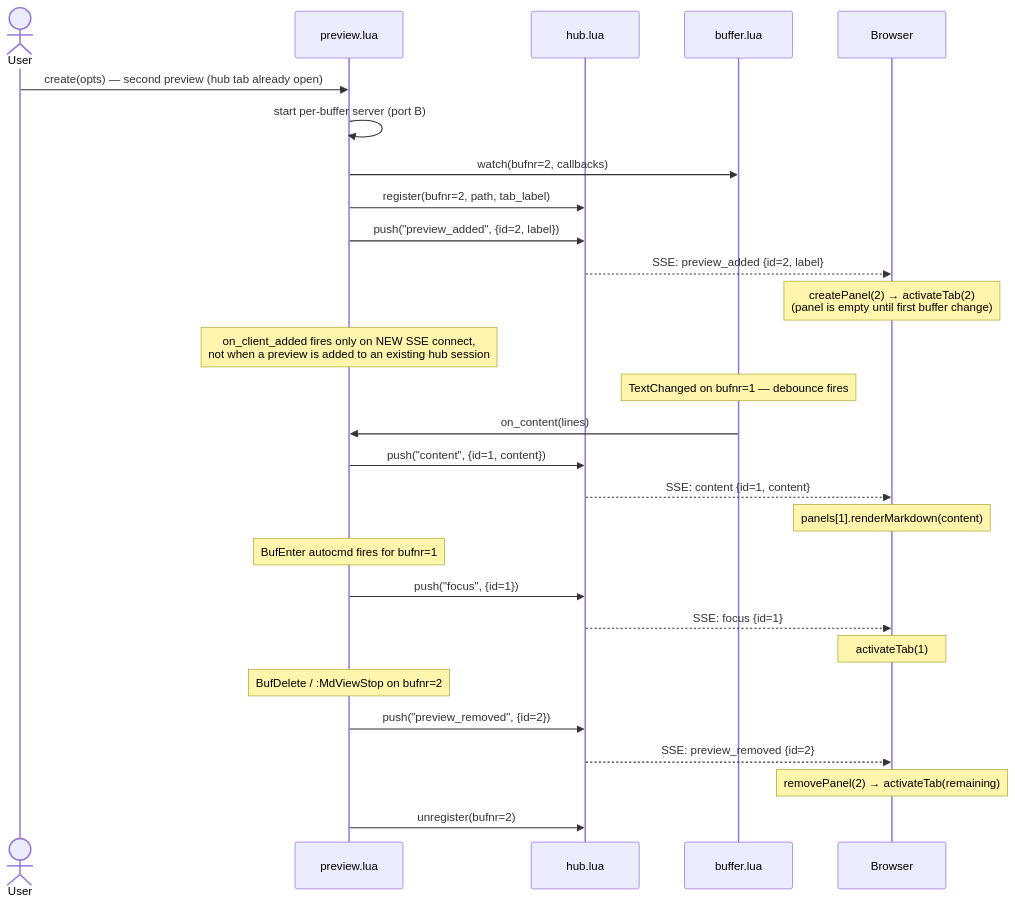
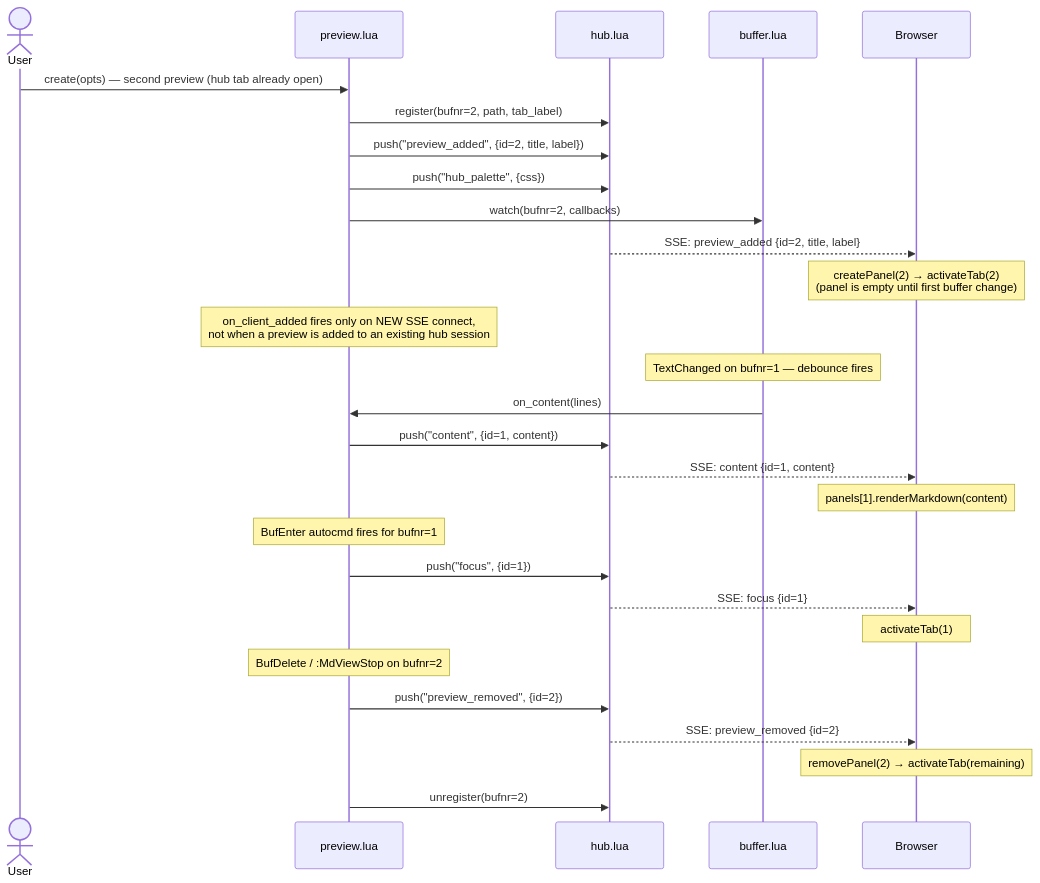
The eighth of 11 diagrams in docs/ARCHITECTURE.md (kcayme/md-view.nvim), drawn with Mermaid before and after one commit. The commit also changed other lines of this file, not shown here.

Commit message:
docs: updated data flow diagrams

````diff
--- a/docs/ARCHITECTURE.md
+++ b/docs/ARCHITECTURE.md
@@ -238,34 +245,34 @@
 ```mermaid
 sequenceDiagram
     actor User
     participant preview as preview.lua
     participant hub as hub.lua
     participant buffer as buffer.lua
     participant Browser
 
     User->>preview: create(opts) — second preview (hub tab already open)
-    preview->>preview: start per-buffer server (port B)
+    preview->>hub: register(bufnr=2, path, tab_label)
+    preview->>hub: push("preview_added", {id=2, title, label})
+    preview->>hub: push("hub_palette", {css})
     preview->>buffer: watch(bufnr=2, callbacks)
-    preview->>hub: register(bufnr=2, path, tab_label)
-    preview->>hub: push("preview_added", {id=2, label})
-    hub-->>Browser: SSE: preview_added {id=2, label}
+    hub-->>Browser: SSE: preview_added {id=2, title, label}
     Note over Browser: createPanel(2) → activateTab(2)<br/>(panel is empty until first buffer change)
     Note over preview: on_client_added fires only on NEW SSE connect,<br/>not when a preview is added to an existing hub session
 
     Note over buffer: TextChanged on bufnr=1 — debounce fires
     buffer->>preview: on_content(lines)
     preview->>hub: push("content", {id=1, content})
     hub-->>Browser: SSE: content {id=1, content}
     Note over Browser: panels[1].renderMarkdown(content)
 
     Note over preview: BufEnter autocmd fires for bufnr=1
     preview->>hub: push("focus", {id=1})
     hub-->>Browser: SSE: focus {id=1}
     Note over Browser: activateTab(1)
 
     Note over preview: BufDelete / :MdViewStop on bufnr=2
     preview->>hub: push("preview_removed", {id=2})
     hub-->>Browser: SSE: preview_removed {id=2}
     Note over Browser: removePanel(2) → activateTab(remaining)
     preview->>hub: unregister(bufnr=2)
 ```
````
